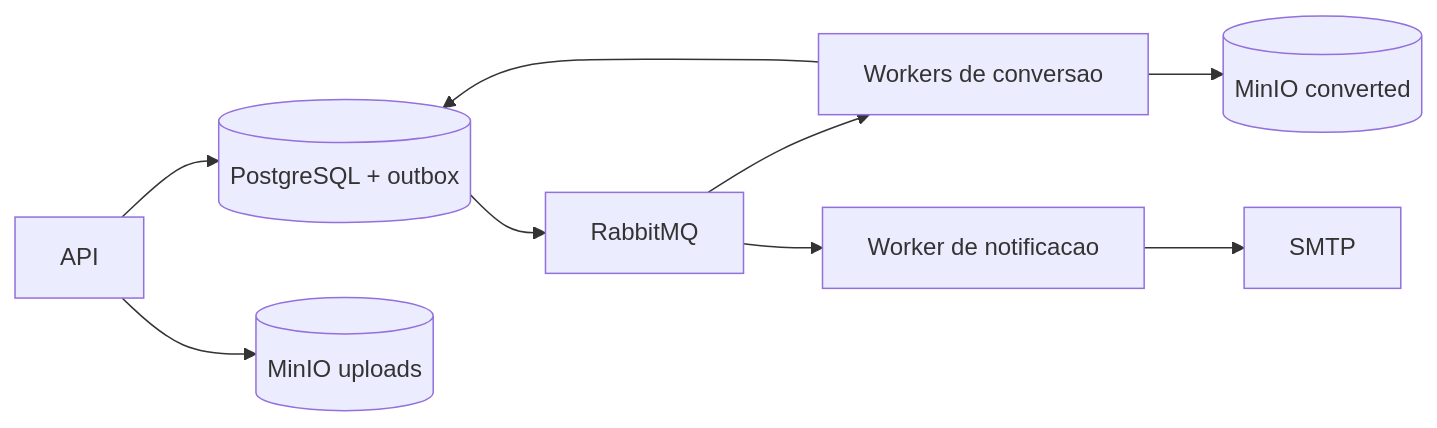
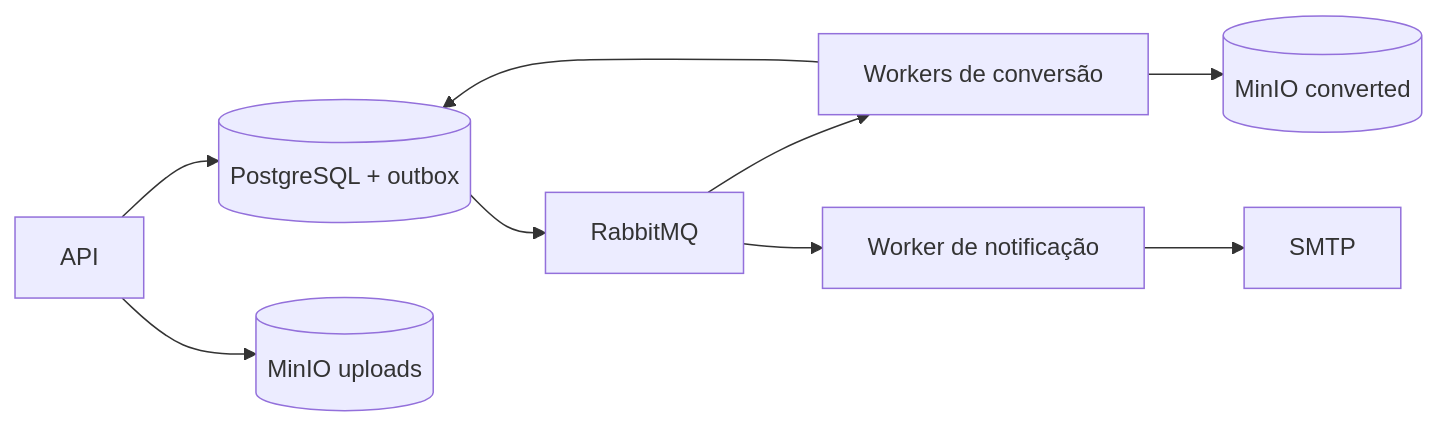
One commit to danilo-humberto/conversor-de-arquivos changed the diagram in docs/relatorio-entrega.md. Above: the diagram before and after it, drawn with Mermaid. The commit also changed other lines of this file and 8 other files, not shown here.

````diff
--- a/docs/relatorio-entrega.md
+++ b/docs/relatorio-entrega.md
@@ -9,8 +11,8 @@
 ```mermaid
 flowchart LR
   API[API] --> DB[(PostgreSQL + outbox)] --> MQ[RabbitMQ]
   API --> IN[(MinIO uploads)]
-  MQ --> CW[Workers de conversao] --> OUT[(MinIO converted)]
+  MQ --> CW[Workers de conversão] --> OUT[(MinIO converted)]
   CW --> DB
-  MQ --> NW[Worker de notificacao] --> SMTP[SMTP]
+  MQ --> NW[Worker de notificação] --> SMTP[SMTP]
 ```
````
